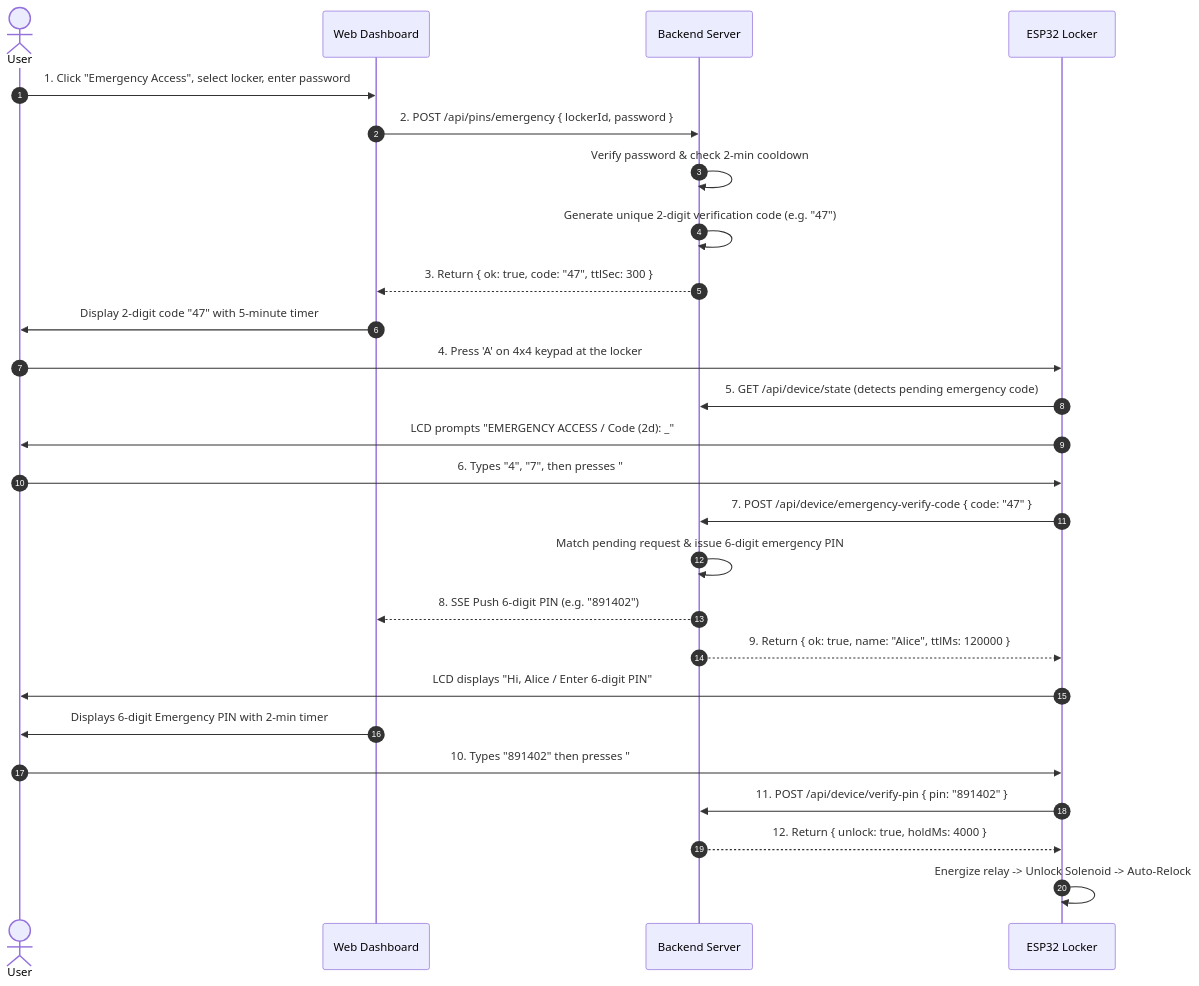
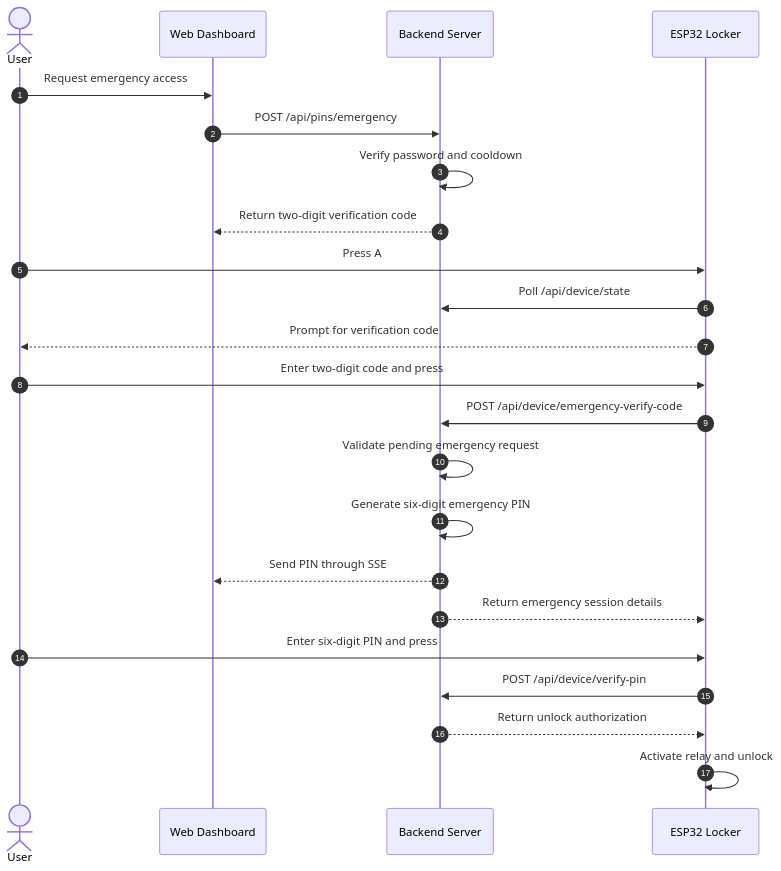
Before and after one commit to Itz-Om17/IOT-Smart_Locker: the second of 2 diagrams in README.md, drawn with Mermaid. The commit also changed other lines of this file, not shown here.

````diff
--- a/README.md
+++ b/README.md
@@ -231,30 +355,31 @@
 ```mermaid
 sequenceDiagram
     autonumber
     actor User
     participant Web as Web Dashboard
     participant API as Backend Server
     participant ESP as ESP32 Locker
 
-    User->>Web: 1. Click "Emergency Access", select locker, enter password
-    Web->>API: 2. POST /api/pins/emergency { lockerId, password }
-    API->>API: Verify password & check 2-min cooldown
-    API->>API: Generate unique 2-digit verification code (e.g. "47")
-    API-->>Web: 3. Return { ok: true, code: "47", ttlSec: 300 }
-    Web->>User: Display 2-digit code "47" with 5-minute timer
+    User->>Web: Request emergency access
+    Web->>API: POST /api/pins/emergency
+    API->>API: Verify password and cooldown
+    API-->>Web: Return two-digit verification code
 
-    User->>ESP: 4. Press 'A' on 4x4 keypad at the locker
-    ESP->>API: 5. GET /api/device/state (detects pending emergency code)
-    ESP->>User: LCD prompts "EMERGENCY ACCESS / Code (2d): _"
-    User->>ESP: 6. Types "4", "7", then presses "#"
-    ESP->>API: 7. POST /api/device/emergency-verify-code { code: "47" }
-    API->>API: Match pending request & issue 6-digit emergency PIN
-    API-->>Web: 8. SSE Push 6-digit PIN (e.g. "891402")
-    API-->>ESP: 9. Return { ok: true, name: "Alice", ttlMs: 120000 }
-    ESP->>User: LCD displays "Hi, Alice / Enter 6-digit PIN"
-    Web->>User: Displays 6-digit Emergency PIN with 2-min timer
-    User->>ESP: 10. Types "891402" then presses "#"
-    ESP->>API: 11. POST /api/device/verify-pin { pin: "891402" }
-    API-->>ESP: 12. Return { unlock: true, holdMs: 4000 }
-    ESP->>ESP: Energize relay -> Unlock Solenoid -> Auto-Relock
+    User->>ESP: Press A
+    ESP->>API: Poll /api/device/state
+    ESP-->>User: Prompt for verification code
+
+    User->>ESP: Enter two-digit code and press #
+    ESP->>API: POST /api/device/emergency-verify-code
+    API->>API: Validate pending emergency request
+    API->>API: Generate six-digit emergency PIN
+
+    API-->>Web: Send PIN through SSE
+    API-->>ESP: Return emergency session details
+
+    User->>ESP: Enter six-digit PIN and press #
+    ESP->>API: POST /api/device/verify-pin
+    API-->>ESP: Return unlock authorization
+
+    ESP->>ESP: Activate relay and unlock
 ```
````
